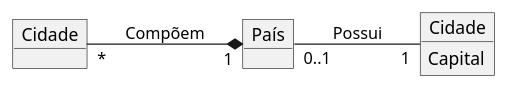
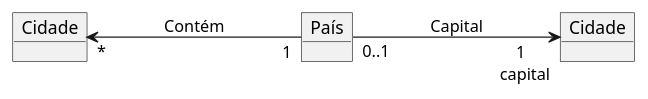
One commit to kyriosdata/oo changed the diagram in Imagens/modelos-01/imagem-07/mod01ima07.plantuml. Above: the diagram before and after it, drawn with PlantUML. The commit also changed 13 other files, not shown here.

```diff
--- a/Imagens/modelos-01/imagem-07/mod01ima07.plantuml
+++ b/Imagens/modelos-01/imagem-07/mod01ima07.plantuml
@@ -1,9 +1,8 @@
 @startuml mod01ima07
 object "País" as pa
 object "Cidade" as ci
 object "Cidade" as ca
-ca : Capital
 left to right direction
-pa"0..1"--"1"ca: "Possui"
-ci"*" --* "1"pa: "Compõem" 
+pa"0..1"--->"1 \n capital"ca: "Capital"
+ci"*" <--- "1"pa: "Contém" 
 @enduml
```
